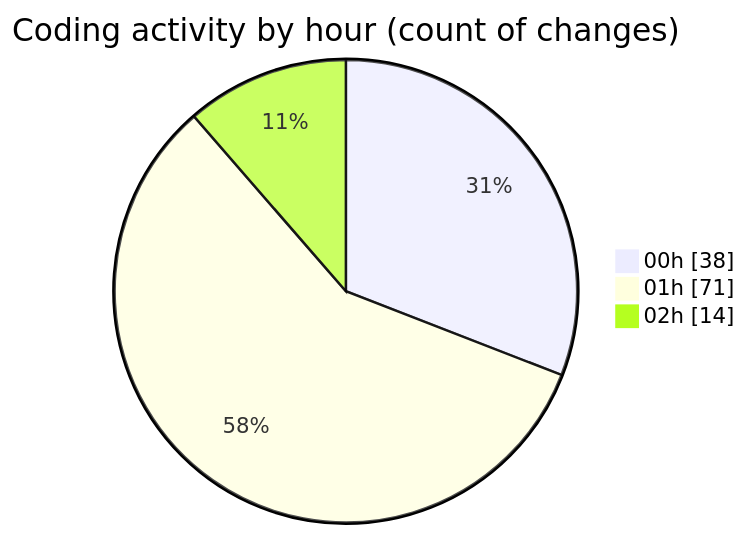
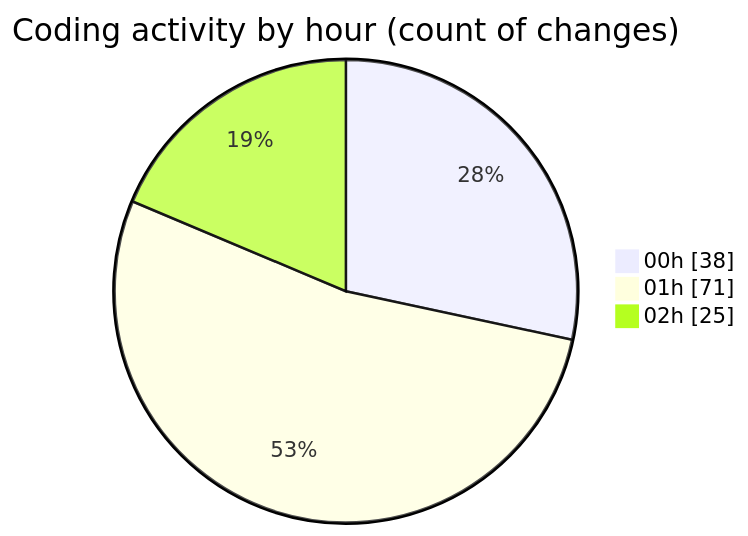
One commit to lephambinh05/code-tracking changed the second of 2 diagrams in 2025-07-27/quanlyrapchieuphim-1/README.md. Above: the diagram before and after it, drawn with Mermaid. The commit also changed other lines of this file and 1 other file, not shown here.

````diff
--- a/2025-07-27/quanlyrapchieuphim-1/README.md
+++ b/2025-07-27/quanlyrapchieuphim-1/README.md
@@ -64,7 +64,7 @@
 ```mermaid
 pie showData
 title Coding activity by hour (count of changes)
 "00h" : 38
 "01h" : 71
-"02h" : 14
+"02h" : 25
 ```
````
